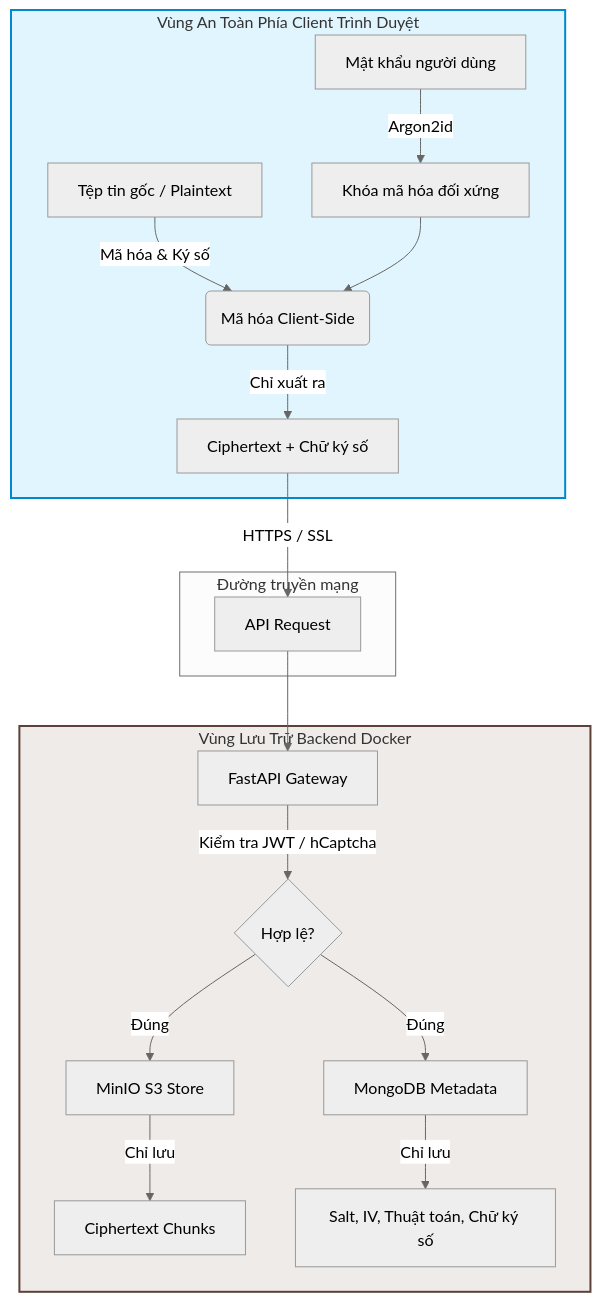
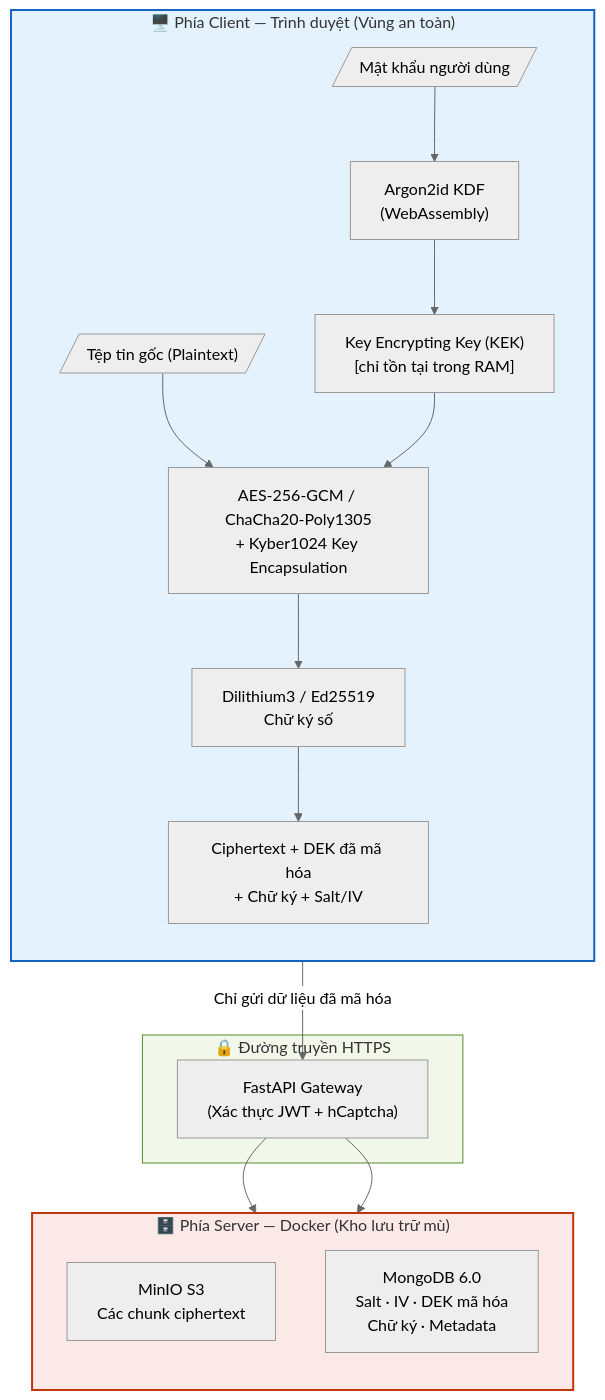
One commit to pthanhbinh1654/zeroknowledge_encryption changed the first of 3 diagrams in README-vi.md. Above: the diagram before and after it, drawn with Mermaid (neutral theme). The commit also changed other lines of this file and 1 other file, not shown here.

````diff
--- a/README-vi.md
+++ b/README-vi.md
@@ -30,25 +44,27 @@
 ```mermaid
 graph TB
-    subgraph Client [Vùng An Toàn Phía Client Trình Duyệt]
-        A[Tệp tin gốc / Plaintext] -->|Mã hóa & Ký số| B(Mã hóa Client-Side)
-        M[Mật khẩu người dùng] -->|Argon2id| K[Khóa mã hóa đối xứng]
-        K --> B
-        B -->|Chỉ xuất ra| C[Ciphertext + Chữ ký số]
+    subgraph Client["🖥️ Phía Client — Trình duyệt (Vùng an toàn)"]
+        direction TB
+        PW[/"Mật khẩu người dùng"/] --> KDF["Argon2id KDF\n(WebAssembly)"]
+        KDF --> KEK["Key Encrypting Key (KEK)\n[chỉ tồn tại trong RAM]"]
+        FILE[/"Tệp tin gốc (Plaintext)"/] --> ENC["AES-256-GCM / ChaCha20-Poly1305\n+ Kyber1024 Key Encapsulation"]
+        KEK --> ENC
+        ENC --> SIG["Dilithium3 / Ed25519\nChữ ký số"]
+        SIG --> OUT["Ciphertext + DEK đã mã hóa\n+ Chữ ký + Salt/IV"]
     end
 
-    subgraph Transport [Đường truyền mạng]
-        C -->|HTTPS / SSL| D[API Request]
+    subgraph Transport["🔒 Đường truyền HTTPS"]
+        OUT -->|"Chỉ gửi dữ liệu đã mã hóa"| API
     end
 
-    subgraph Server [Vùng Lưu Trữ Backend Docker]
-        D --> E[FastAPI Gateway]
-        E -->|Kiểm tra JWT / hCaptcha| F{Hợp lệ?}
-        F -->|Đúng| G[MinIO S3 Store]
-        F -->|Đúng| H[MongoDB Metadata]
-        G -->|Chỉ lưu| I[Ciphertext Chunks]
-        H -->|Chỉ lưu| J[Salt, IV, Thuật toán, Chữ ký số]
+    subgraph Server["🗄️ Phía Server — Docker (Kho lưu trữ mù)"]
+        direction TB
+        API["FastAPI Gateway\n(Xác thực JWT + hCaptcha)"]
+        API --> MINIO["MinIO S3\nCác chunk ciphertext"]
+        API --> MONGO["MongoDB 6.0\nSalt · IV · DEK mã hóa\nChữ ký · Metadata"]
     end
 
-    style Client fill:#e1f5fe,stroke:#0288d1,stroke-width:2px
-    style Server fill:#efebe9,stroke:#5d4037,stroke-width:2px
+    style Client fill:#e3f2fd,stroke:#1565c0,stroke-width:2px
+    style Server fill:#fbe9e7,stroke:#bf360c,stroke-width:2px
+    style Transport fill:#f1f8e9,stroke:#558b2f,stroke-width:1px
 ```
````
